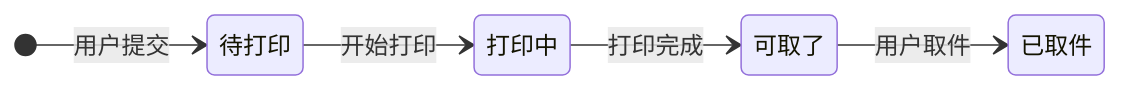
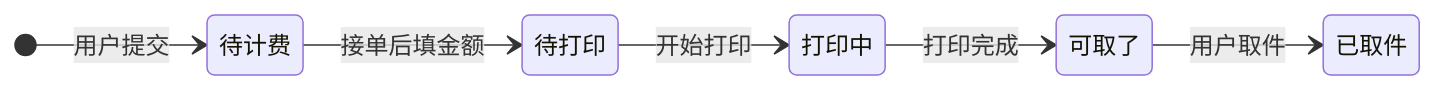
One commit to qcmb825/print-of-dorm changed the second of 2 diagrams in README.md. Above: the diagram before and after it, drawn with Mermaid. The commit also changed other lines of this file and 142 other files, not shown here.

````diff
--- a/README.md
+++ b/README.md
@@ -247,13 +278,15 @@
 ```mermaid
 stateDiagram-v2
     direction LR
+    state "待计费" as U
     state "待打印" as P
     state "打印中" as G
     state "可取了" as R
     state "已取件" as D
 
-    [*] --> P: 用户提交
+    [*] --> U: 用户提交
+    U --> P: 接单后填金额
     P --> G: 开始打印
     G --> R: 打印完成
     R --> D: 用户取件
 ```
````
